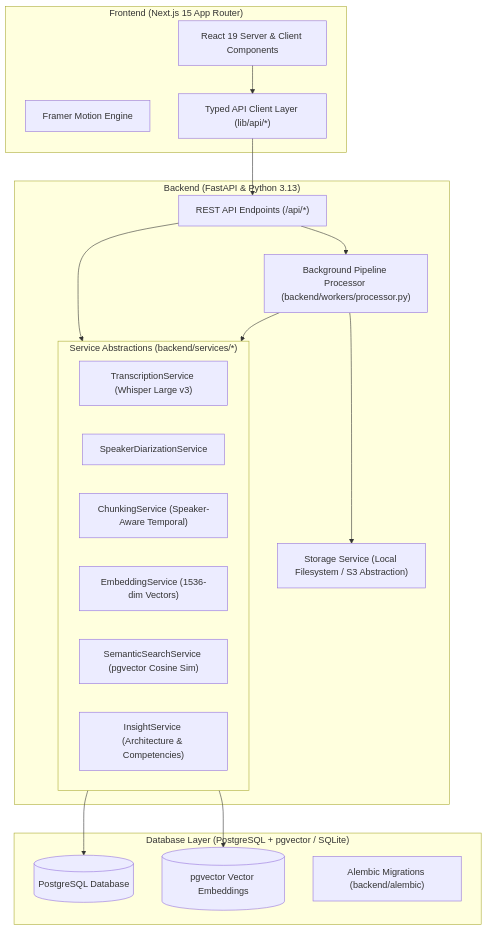
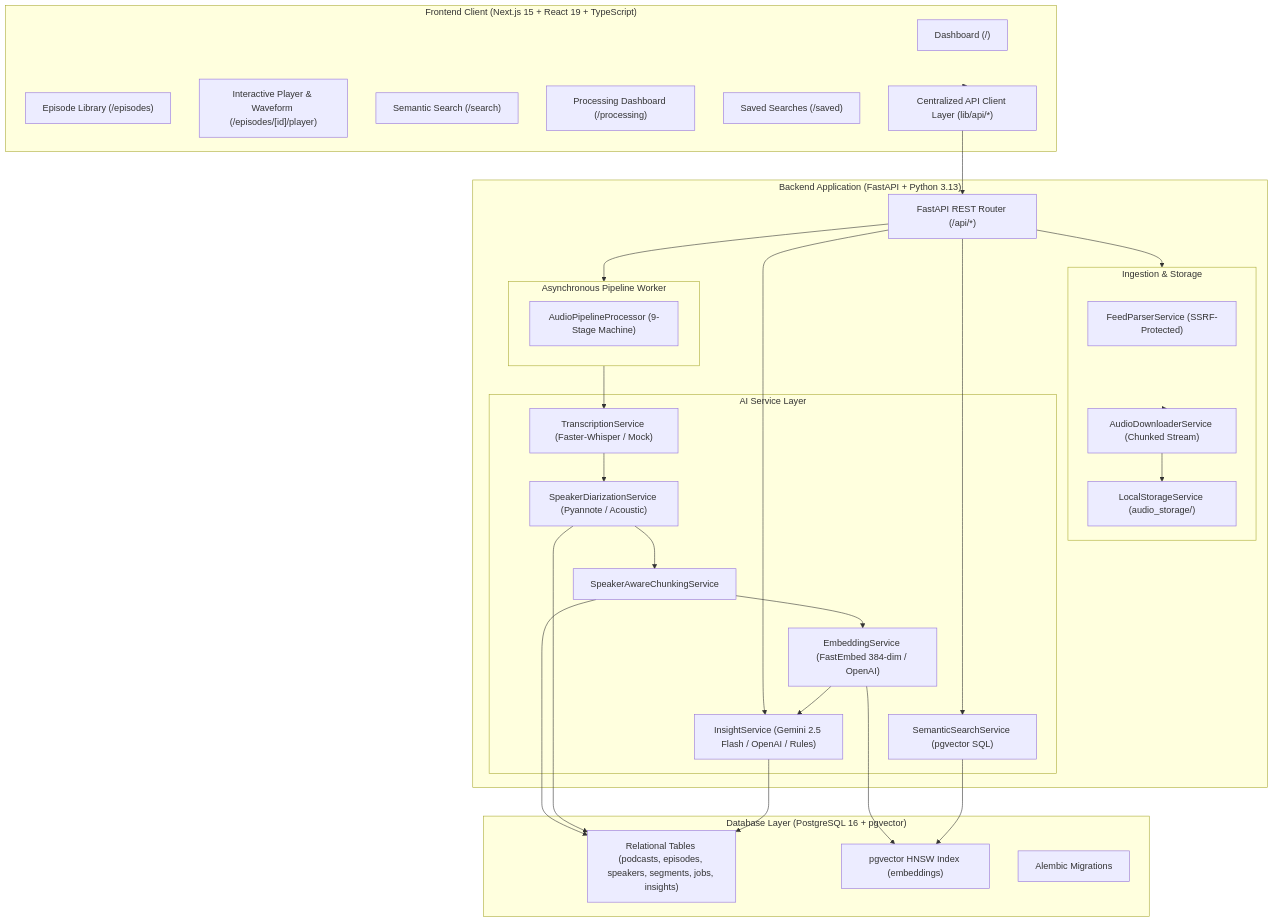
The diagram in README.md (Saurx9611/Podcast-Episode-Explorer), drawn with Mermaid before and after one commit. The commit also changed other lines of this file and 113 other files, not shown here.

````diff
--- a/README.md
+++ b/README.md
@@ -79,39 +122,58 @@
 ```mermaid
 flowchart TB
-    subgraph Frontend ["Frontend (Next.js 15 App Router)"]
-        UI["React 19 Server & Client Components"]
-        Motion["Framer Motion Engine"]
-        APIClient["Typed API Client Layer (lib/api/*)"]
+    subgraph Client ["Frontend Client (Next.js 15 + React 19 + TypeScript)"]
+        Dashboard["Dashboard (/)"]
+        EpisodesUI["Episode Library (/episodes)"]
+        PlayerUI["Interactive Player & Waveform (/episodes/[id]/player)"]
+        SearchUI["Semantic Search (/search)"]
+        PipelineUI["Processing Dashboard (/processing)"]
+        SavedUI["Saved Searches (/saved)"]
+        APIClient["Centralized API Client Layer (lib/api/*)"]
     end
 
-    subgraph Backend ["Backend (FastAPI & Python 3.13)"]
-        Router["REST API Endpoints (/api/*)"]
-        
-        subgraph Services ["Service Abstractions (backend/services/*)"]
-            TX["TranscriptionService (Whisper Large v3)"]
-            SPK["SpeakerDiarizationService"]
-            CHK["ChunkingService (Speaker-Aware Temporal)"]
-            EMB["EmbeddingService (1536-dim Vectors)"]
-            SRC["SemanticSearchService (pgvector Cosine Sim)"]
-            INS["InsightService (Architecture & Competencies)"]
+    subgraph Backend ["Backend Application (FastAPI + Python 3.13)"]
+        APIRouter["FastAPI REST Router (/api/*)"]
+
+        subgraph IngestionLayer ["Ingestion & Storage"]
+            FeedParser["FeedParserService (SSRF-Protected)"]
+            Downloader["AudioDownloaderService (Chunked Stream)"]
+            Storage["LocalStorageService (audio_storage/)"]
         end
 
-        Worker["Background Pipeline Processor (backend/workers/processor.py)"]
-        Storage["Storage Service (Local Filesystem / S3 Abstraction)"]
+        subgraph WorkerLayer ["Asynchronous Pipeline Worker"]
+            Pipeline["AudioPipelineProcessor (9-Stage Machine)"]
+        end
+
+        subgraph AIServices ["AI Service Layer"]
+            Transcribe["TranscriptionService (Faster-Whisper / Mock)"]
+            Diarize["SpeakerDiarizationService (Pyannote / Acoustic)"]
+            Chunker["SpeakerAwareChunkingService"]
+            Embedder["EmbeddingService (FastEmbed 384-dim / OpenAI)"]
+            SearchService["SemanticSearchService (pgvector SQL)"]
+            InsightService["InsightService (Gemini 2.5 Flash / OpenAI / Rules)"]
+        end
     end
 
-    subgraph DatabaseLayer ["Database Layer (PostgreSQL + pgvector / SQLite)"]
-        PG[(PostgreSQL Database)]
-        VEC[(pgvector Vector Embeddings)]
-        MIG["Alembic Migrations (backend/alembic)"]
+    subgraph DatabaseLayer ["Database Layer (PostgreSQL 16 + pgvector)"]
+        Tables["Relational Tables (podcasts, episodes, speakers, segments, jobs, insights)"]
+        VectorIndex["pgvector HNSW Index (embeddings)"]
+        Alembic["Alembic Migrations"]
     end
 
-    UI --> APIClient
-    APIClient --> Router
-    Router --> Services
-    Router --> Worker
-    Worker --> Services
-    Worker --> Storage
-    Services --> PG
-    Services --> VEC
+    Client --> APIClient
+    APIClient --> APIRouter
+
+    APIRouter --> IngestionLayer
+    APIRouter --> WorkerLayer
+    APIRouter --> SearchService
+    APIRouter --> InsightService
+
+    IngestionLayer --> Downloader --> Storage
+    WorkerLayer --> Transcribe --> Diarize --> Chunker --> Embedder --> InsightService
+    
+    Chunker --> Tables
+    Diarize --> Tables
+    Embedder --> VectorIndex
+    InsightService --> Tables
+    SearchService --> VectorIndex
 ```
````
